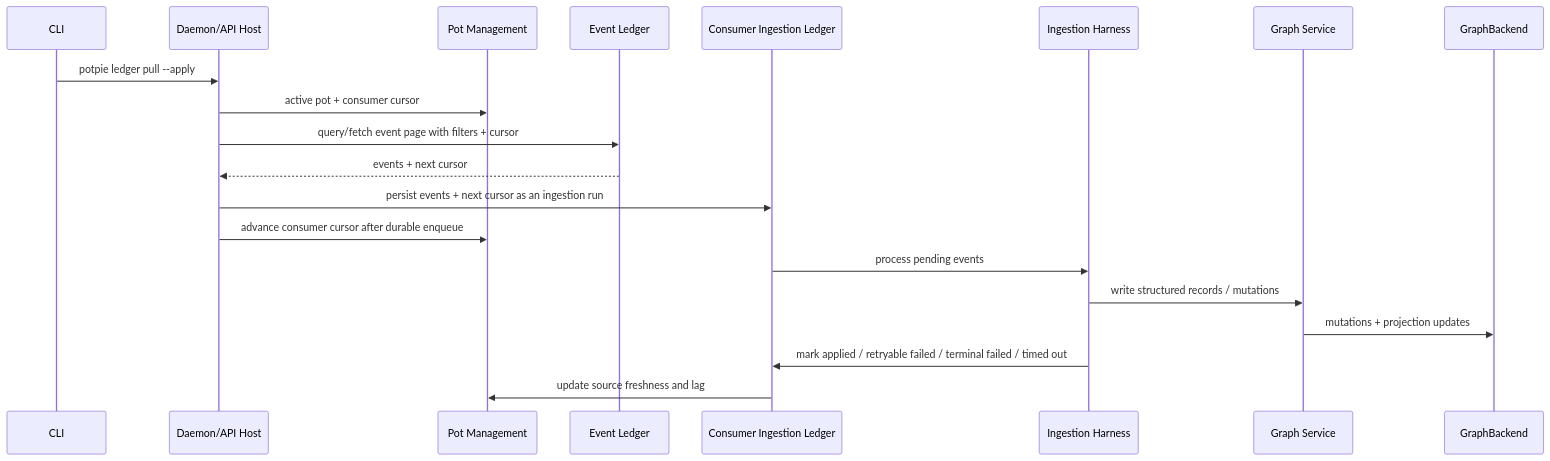
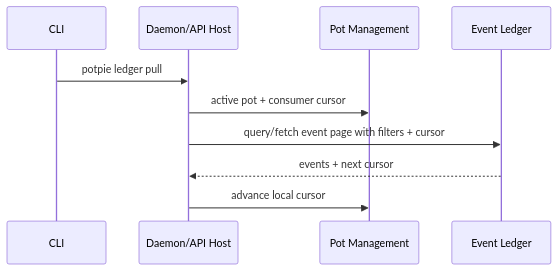
One commit to potpie-ai/potpie changed the eighth of 12 diagrams in docs/context-graph/architecture.md. Above: the diagram before and after it, drawn with Mermaid. The commit also changed other lines of this file and 48 other files, not shown here.

Commit message:
docs: agent-surface bundle/plugin/skill templates + context-graph design docs

````diff
--- a/docs/context-graph/architecture.md
+++ b/docs/context-graph/architecture.md
@@ -371,23 +372,13 @@
 ```mermaid
 sequenceDiagram
   participant CLI
   participant Host as Daemon/API Host
   participant Pot as Pot Management
   participant Ledger as Event Ledger
-  participant Queue as Consumer Ingestion Ledger
-  participant Ingest as Ingestion Harness
-  participant Graph as Graph Service
-  participant Backend as GraphBackend
 
-  CLI->>Host: potpie ledger pull --apply
+  CLI->>Host: potpie ledger pull
   Host->>Pot: active pot + consumer cursor
   Host->>Ledger: query/fetch event page with filters + cursor
   Ledger-->>Host: events + next cursor
-  Host->>Queue: persist events + next cursor as an ingestion run
-  Host->>Pot: advance consumer cursor after durable enqueue
-  Queue->>Ingest: process pending events
-  Ingest->>Graph: write structured records / mutations
-  Graph->>Backend: mutations + projection updates
-  Ingest->>Queue: mark applied / retryable failed / terminal failed / timed out
-  Queue->>Pot: update source freshness and lag
+  Host->>Pot: advance local cursor
 ```
````
